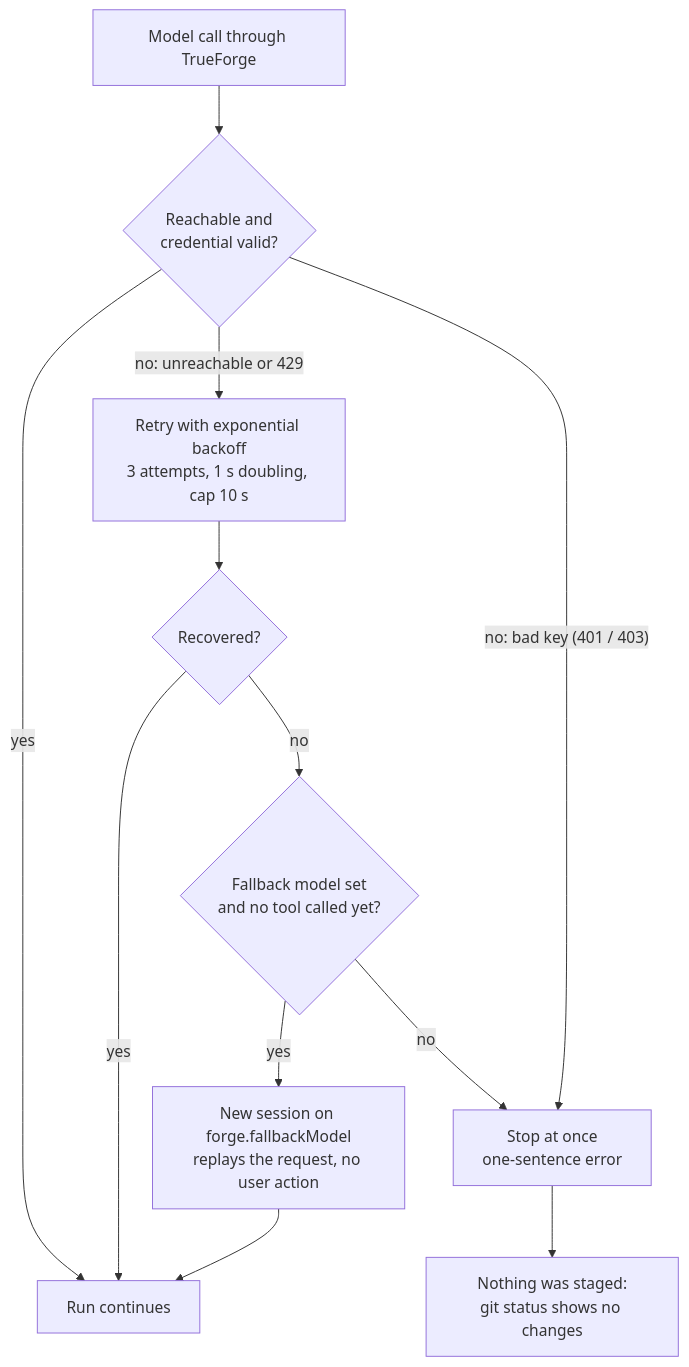
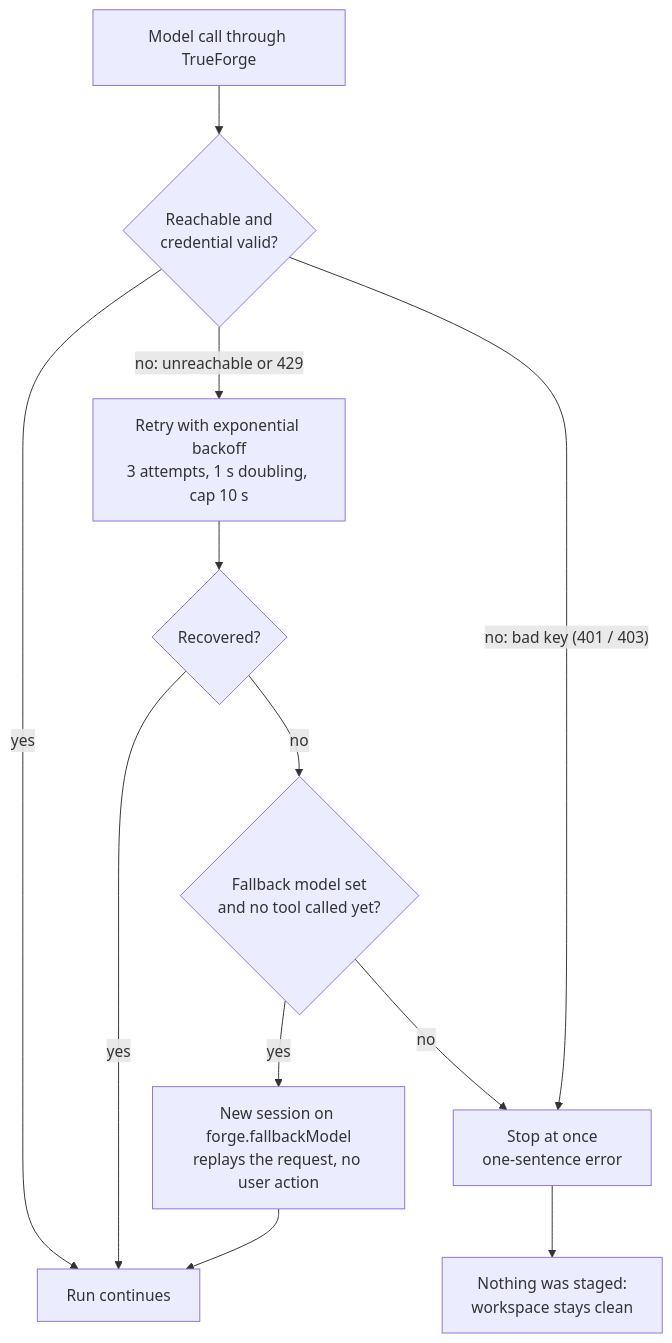
One commit to AbhishekGupta0164/Truefoundry-IITB-Forge-a-thon changed the second of 2 diagrams in README.md. Above: the diagram before and after it, drawn with Mermaid. The commit also changed other lines of this file, not shown here.

````diff
--- a/README.md
+++ b/README.md
@@ -166,14 +127,14 @@
 ```mermaid
 flowchart TD
   call["Model call through TrueForge"] --> ok{"Reachable and<br/>credential valid?"}
   ok -->|"yes"| run["Run continues"]
   ok -->|"no: unreachable or 429"| retry["Retry with exponential backoff<br/>3 attempts, 1 s doubling, cap 10 s"]
   ok -->|"no: bad key (401 / 403)"| fail["Stop at once<br/>one-sentence error"]
   retry --> again{"Recovered?"}
   again -->|"yes"| run
   again -->|"no"| fb{"Fallback model set<br/>and no tool called yet?"}
   fb -->|"yes"| replay["New session on forge.fallbackModel<br/>replays the request, no user action"]
   fb -->|"no"| fail
-  fail --> clean["Nothing was staged:<br/>git status shows no changes"]
+  fail --> clean["Nothing was staged:<br/>workspace stays clean"]
   replay --> run
 ```
````
